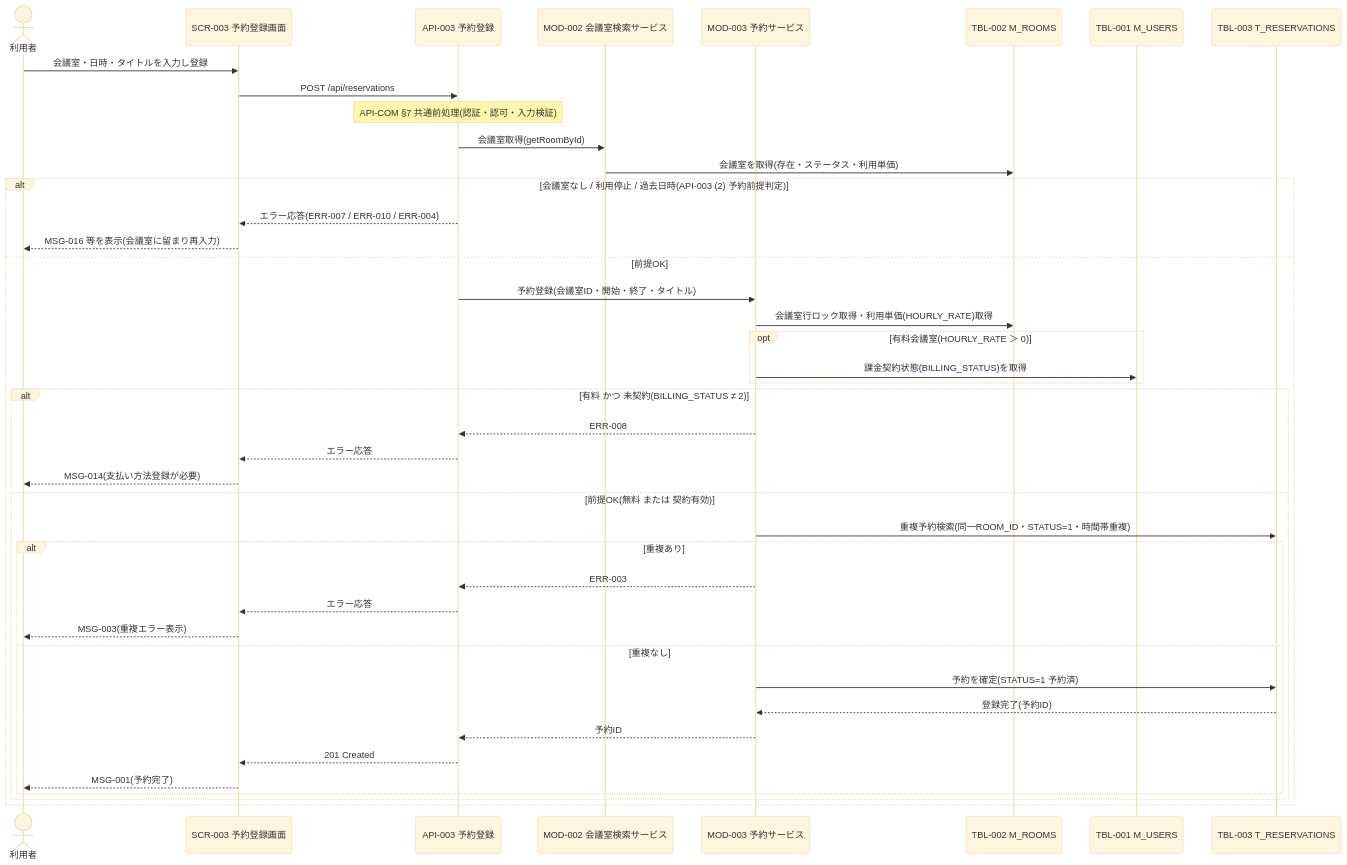
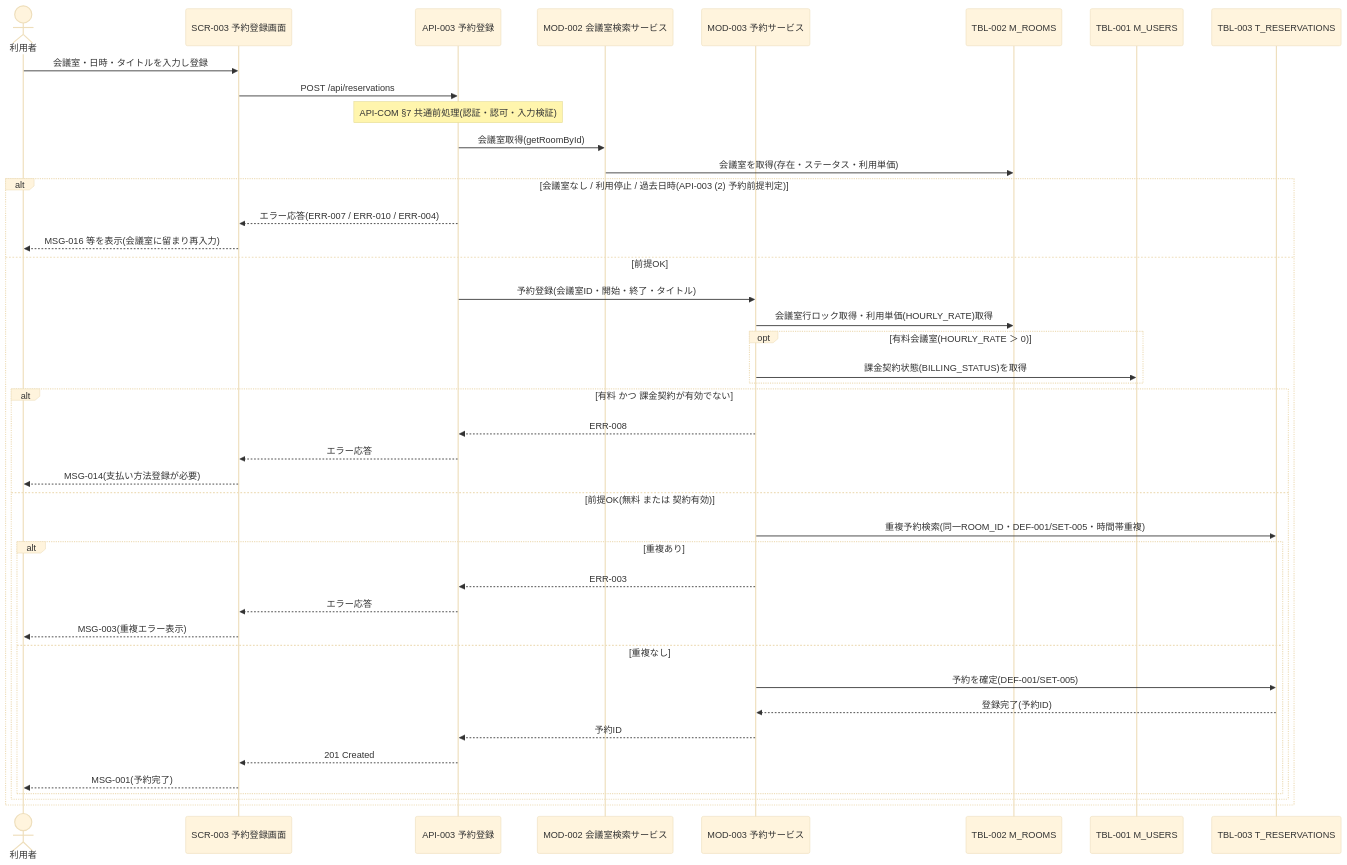
One commit to sikakou54/system-document-template changed the diagram in docs/02_機能設計/08_シーケンス設計/SEQ-001_会議室予約登録シーケンス.md. Above: the diagram before and after it, drawn with Mermaid (base theme). The commit also changed other lines of this file and 86 other files, not shown here.

````diff
--- a/docs/02_機能設計/08_シーケンス設計/SEQ-001_会議室予約登録シーケンス.md
+++ b/docs/02_機能設計/08_シーケンス設計/SEQ-001_会議室予約登録シーケンス.md
@@ -26,45 +26,45 @@
 ```mermaid
 sequenceDiagram
     actor U as 利用者
     participant SCR as SCR-003 予約登録画面
     participant API as API-003 予約登録
     participant MOD2 as MOD-002 会議室検索サービス
     participant MOD as MOD-003 予約サービス
     participant R as TBL-002 M_ROOMS
     participant USR as TBL-001 M_USERS
     participant RES as TBL-003 T_RESERVATIONS
 
     U->>SCR: 会議室・日時・タイトルを入力し登録
     SCR->>API: POST /api/reservations
     Note over API: API-COM §7 共通前処理(認証・認可・入力検証)
     API->>MOD2: 会議室取得(getRoomById)
     MOD2->>R: 会議室を取得(存在・ステータス・利用単価)
     alt 会議室なし / 利用停止 / 過去日時(API-003 (2) 予約前提判定)
         API-->>SCR: エラー応答(ERR-007 / ERR-010 / ERR-004)
         SCR-->>U: MSG-016 等を表示(会議室に留まり再入力)
     else 前提OK
         API->>MOD: 予約登録(会議室ID・開始・終了・タイトル)
         MOD->>R: 会議室行ロック取得・利用単価(HOURLY_RATE)取得
         opt 有料会議室(HOURLY_RATE ＞ 0)
             MOD->>USR: 課金契約状態(BILLING_STATUS)を取得
         end
-        alt 有料 かつ 未契約(BILLING_STATUS ≠ 2)
+        alt 有料 かつ 課金契約が有効でない
             MOD-->>API: ERR-008
             API-->>SCR: エラー応答
             SCR-->>U: MSG-014(支払い方法登録が必要)
         else 前提OK(無料 または 契約有効)
-            MOD->>RES: 重複予約検索(同一ROOM_ID・STATUS=1・時間帯重複)
+            MOD->>RES: 重複予約検索(同一ROOM_ID・DEF-001/SET-005・時間帯重複)
             alt 重複あり
                 MOD-->>API: ERR-003
                 API-->>SCR: エラー応答
                 SCR-->>U: MSG-003(重複エラー表示)
             else 重複なし
-                MOD->>RES: 予約を確定(STATUS=1 予約済)
+                MOD->>RES: 予約を確定(DEF-001/SET-005)
                 RES-->>MOD: 登録完了(予約ID)
                 MOD-->>API: 予約ID
                 API-->>SCR: 201 Created
                 SCR-->>U: MSG-001(予約完了)
             end
         end
     end
 ```
````
